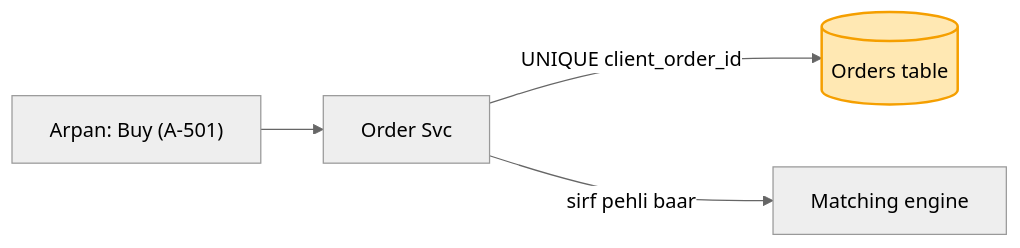
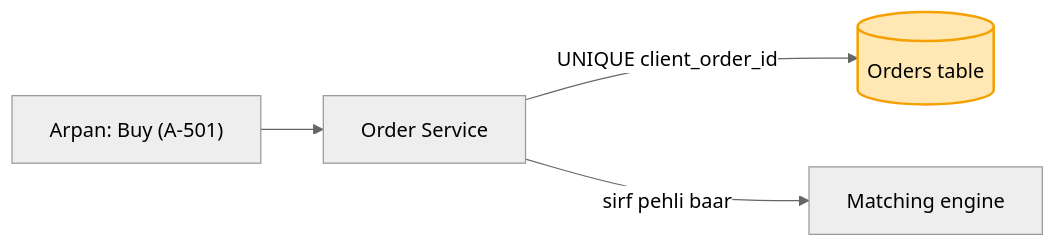
One commit to ArpanMaheshwari144/Prep changed the second of 8 diagrams in 04_HLD/SYSTEM_DESIGNS/05_stock_broker_trading/05_stock_broker_trading.md. Above: the diagram before and after it, drawn with Mermaid (neutral theme). The commit also changed other lines of this file and 8 other files, not shown here.

````diff
--- a/04_HLD/SYSTEM_DESIGNS/05_stock_broker_trading/05_stock_broker_trading.md
+++ b/04_HLD/SYSTEM_DESIGNS/05_stock_broker_trading/05_stock_broker_trading.md
@@ -87,7 +87,7 @@
 ```mermaid
 flowchart LR
-    U["Arpan: Buy (A-501)"] --> O["Order Svc"]
+    U["Arpan: Buy (A-501)"] --> O["Order Service"]
     O -- "UNIQUE client_order_id" --> T[("Orders table")]
     O -- "sirf pehli baar" --> M["Matching engine"]
     style T fill:#ffe8b3,stroke:#f59f00,stroke-width:2px,color:#000
 ```
````
